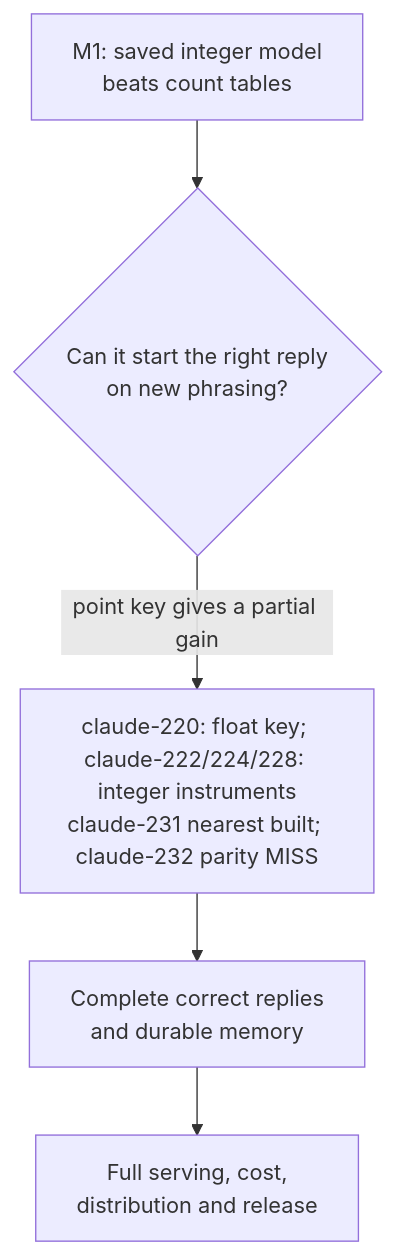
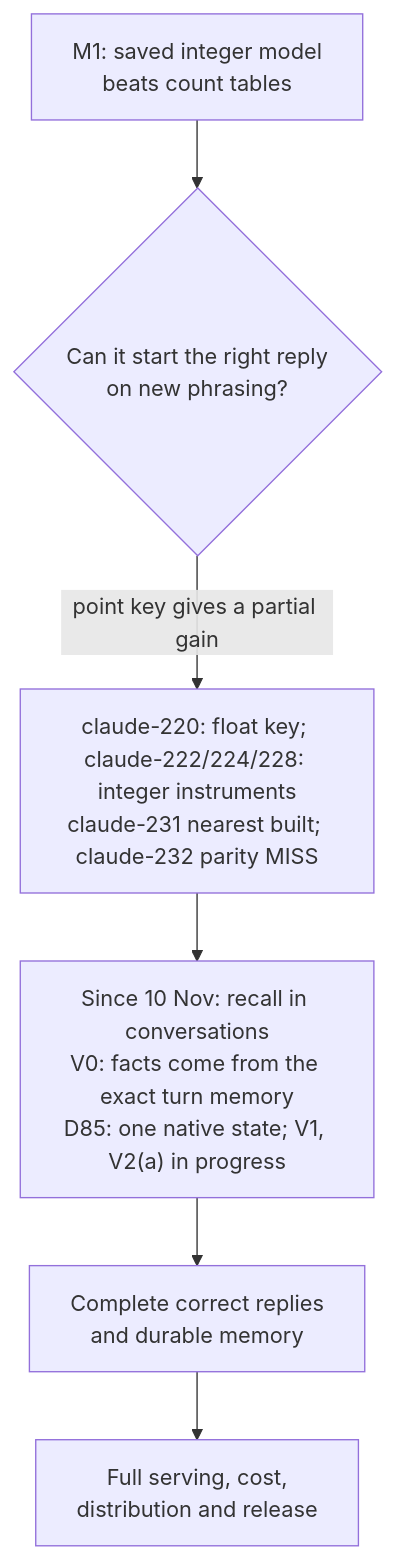
The diagram in docs/research/open-questions.md (Casey-allard/uor-r4), drawn with Mermaid before and after one commit. The commit also changed other lines of this file and 18 other files, not shown here.

````diff
--- a/docs/research/open-questions.md
+++ b/docs/research/open-questions.md
@@ -9,7 +9,8 @@
 ```mermaid
 flowchart TD
   A["M1: saved integer model<br/>beats count tables"] --> B{"Can it start the right reply<br/>on new phrasing?"}
   B -- "point key gives a partial gain" --> M["claude-220: float key; claude-222/224/228: integer instruments<br/>claude-231 nearest built; claude-232 parity MISS"]
-  M --> R["Complete correct replies<br/>and durable memory"]
+  M --> V["Since 10 Nov: recall in conversations<br/>V0: facts come from the exact turn memory<br/>D85: one native state; V1, V2(a) in progress"]
+  V --> R["Complete correct replies<br/>and durable memory"]
   R --> S["Full serving, cost,<br/>distribution and release"]
 ```
````
